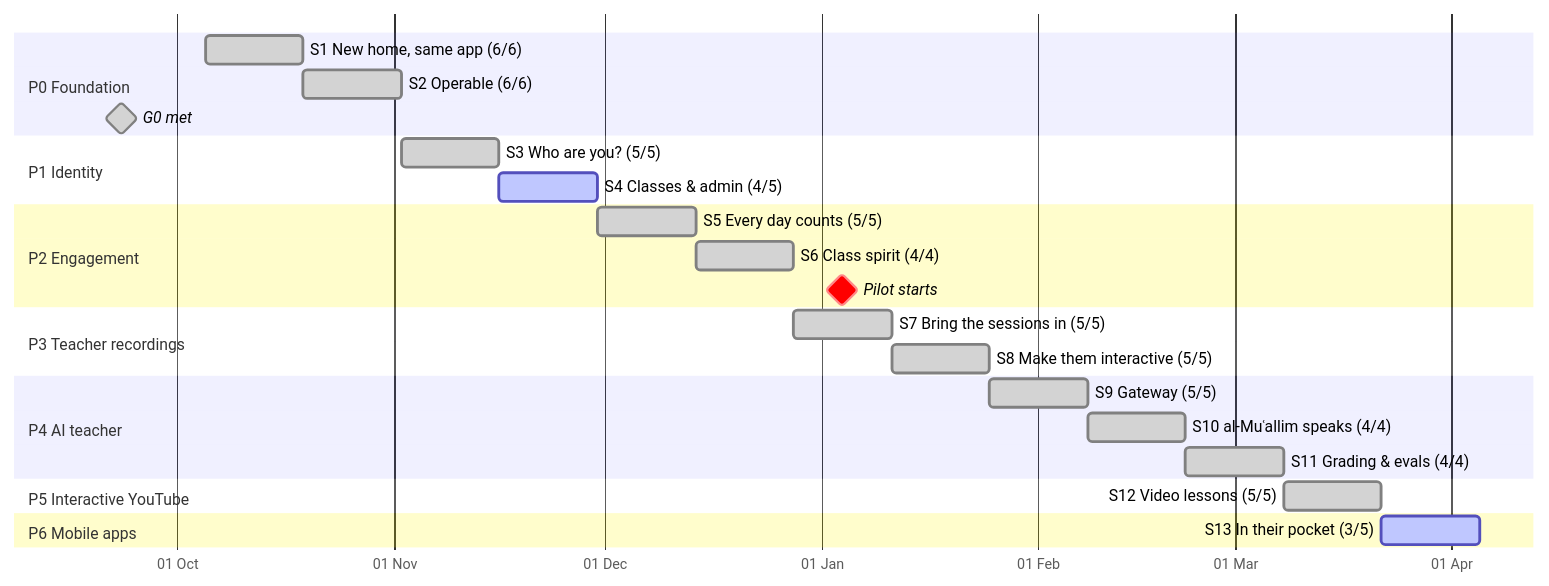
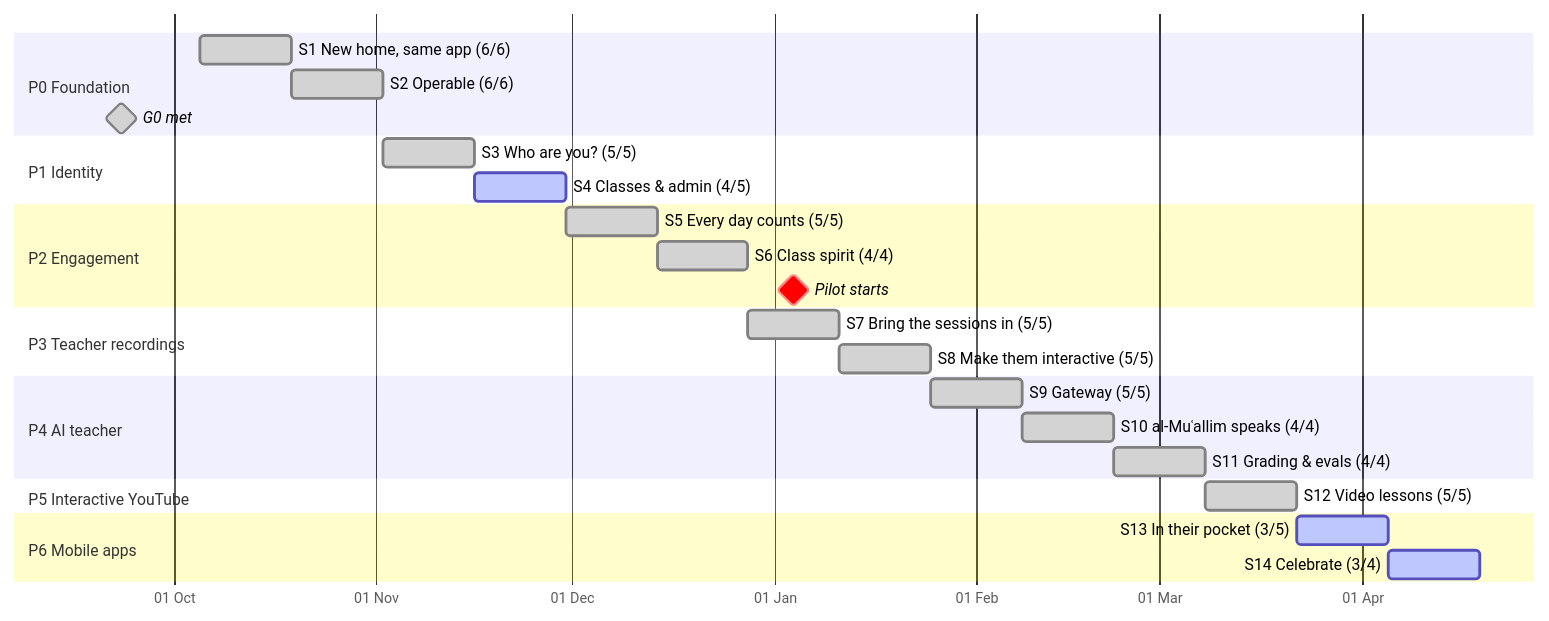
The first of 2 diagrams in docs/plan/sprint-plan.md (Sira-Labs/Suffa), drawn with Mermaid before and after one commit. The commit also changed other lines of this file and 21 other files, not shown here.

````diff
--- a/docs/plan/sprint-plan.md
+++ b/docs/plan/sprint-plan.md
@@ -17,28 +17,29 @@
 ```mermaid
 gantt
   dateFormat YYYY-MM-DD
   axisFormat %d %b
   todayMarker on
   section P0 Foundation
   S1 New home, same app (6/6)        :done, s1, 2026-10-05, 14d
   S2 Operable (6/6)                  :done, s2, after s1, 14d
   G0 met                             :milestone, done, g0, 2026-09-23, 0d
   section P1 Identity
   S3 Who are you? (5/5)              :done, s3, after s2, 14d
   S4 Classes & admin (4/5)          :active, s4, after s3, 14d
   section P2 Engagement
   S5 Every day counts (5/5)         :done, s5, after s4, 14d
   S6 Class spirit (4/4)             :done, s6, after s5, 14d
   Pilot starts                       :milestone, crit, pilot, 2027-01-04, 0d
   section P3 Teacher recordings
   S7 Bring the sessions in (5/5)    :done, s7, after s6, 14d
   S8 Make them interactive (5/5)    :done, s8, after s7, 14d
   section P4 AI teacher
   S9 Gateway (5/5)                  :done, s9, after s8, 14d
   S10 al-Muʿallim speaks (4/4)      :done, s10, after s9, 14d
   S11 Grading & evals (4/4)         :done, s11, after s10, 14d
   section P5 Interactive YouTube
   S12 Video lessons (5/5)           :done, s12, after s11, 14d
   section P6 Mobile apps
   S13 In their pocket (3/5)         :active, s13, after s12, 14d
+  S14 Celebrate (3/4)               :active, s14, after s13, 14d
 ```
````
